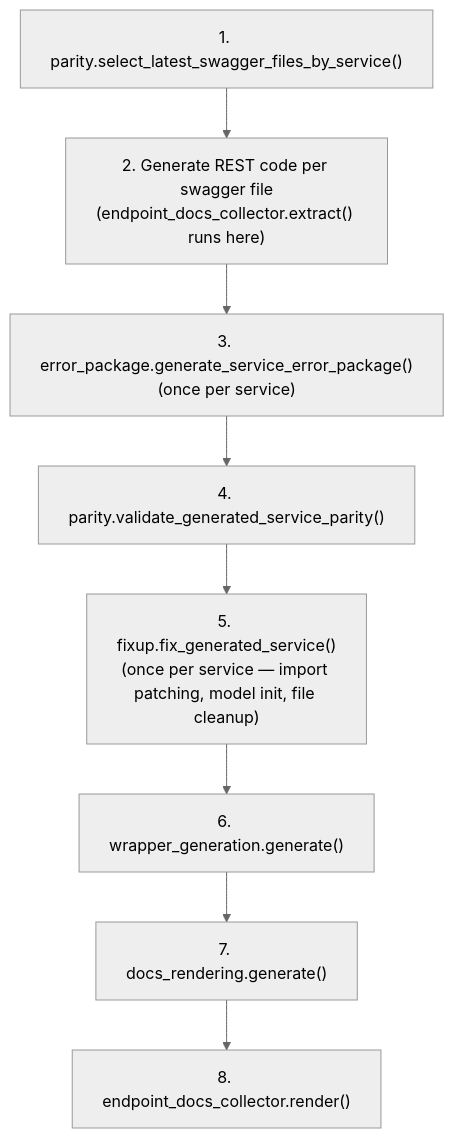
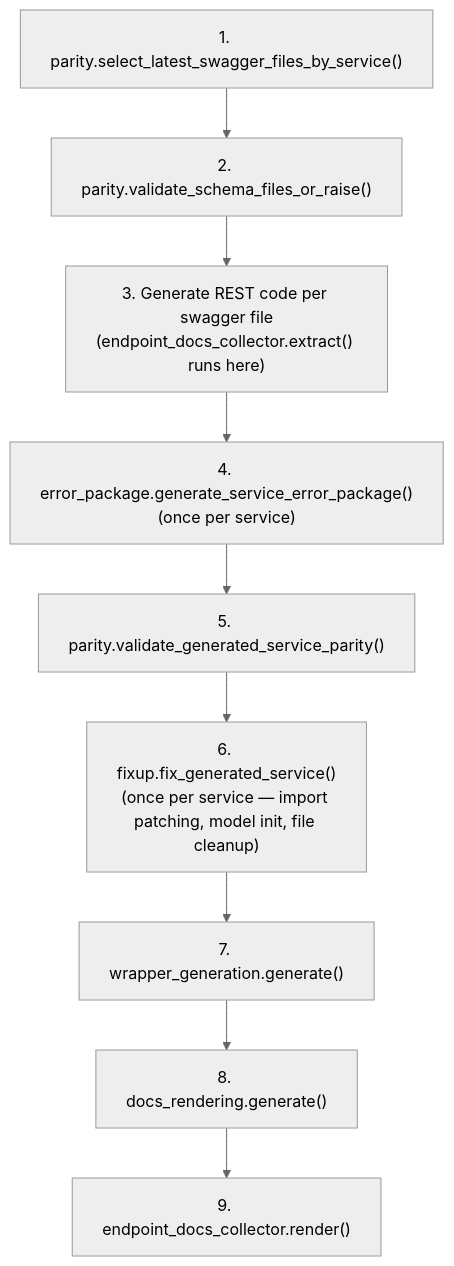
One commit to alexdearaujo/community_sdk_python changed the diagram in scripts/generation/README.md. Above: the diagram before and after it, drawn with Mermaid (neutral theme). The commit also changed other lines of this file and 19 other files, not shown here.

````diff
--- a/scripts/generation/README.md
+++ b/scripts/generation/README.md
@@ -30,11 +30,12 @@
 ```mermaid
 flowchart TD
-    A["1. parity.select_latest_swagger_files_by_service()"] --> B["2. Generate REST code per swagger file<br/>(endpoint_docs_collector.extract() runs here)"]
-    B --> C["3. error_package.generate_service_error_package()<br/>(once per service)"]
-    C --> D["4. parity.validate_generated_service_parity()"]
-    D --> E["5. fixup.fix_generated_service()<br/>(once per service — import patching, model init, file cleanup)"]
-    E --> F["6. wrapper_generation.generate()"]
-    F --> G["7. docs_rendering.generate()"]
-    G --> H["8. endpoint_docs_collector.render()"]
+    A["1. parity.select_latest_swagger_files_by_service()"] --> A2["2. parity.validate_schema_files_or_raise()"]
+    A2 --> B["3. Generate REST code per swagger file<br/>(endpoint_docs_collector.extract() runs here)"]
+    B --> C["4. error_package.generate_service_error_package()<br/>(once per service)"]
+    C --> D["5. parity.validate_generated_service_parity()"]
+    D --> E["6. fixup.fix_generated_service()<br/>(once per service — import patching, model init, file cleanup)"]
+    E --> F["7. wrapper_generation.generate()"]
+    F --> G["8. docs_rendering.generate()"]
+    G --> H["9. endpoint_docs_collector.render()"]
 
 ```
````
